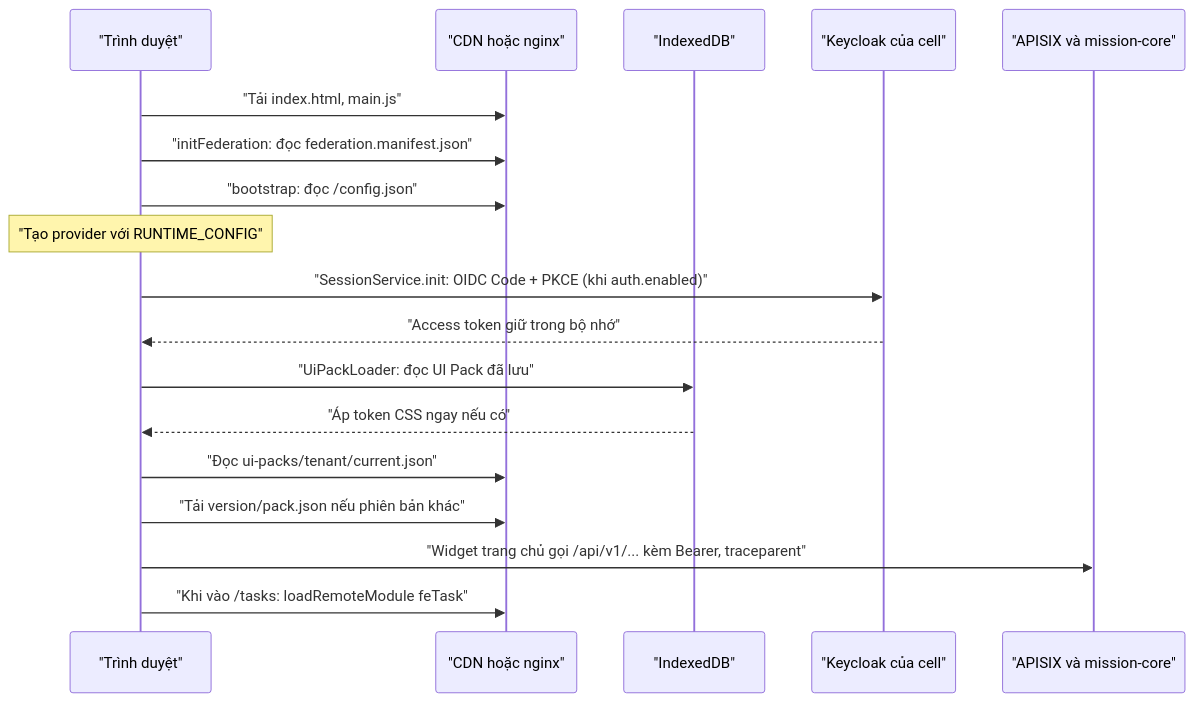
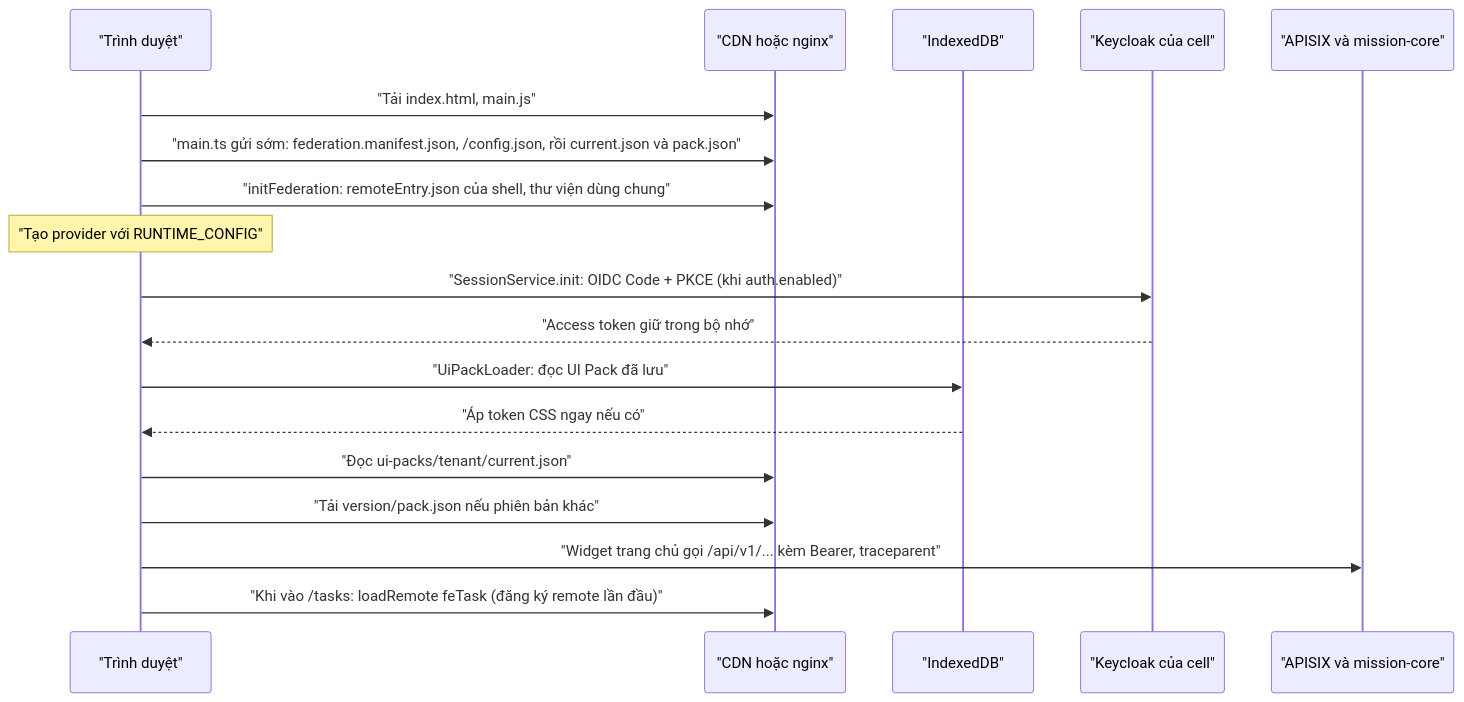
Before and after one commit to caprocute/mission-web: the diagram in wiki/02-kien-truc-frontend.md, drawn with Mermaid. The commit also changed other lines of this file and 2 other files, not shown here.

Commit message:
WEB-052: ghi số đo trước/sau vào wiki/09, cập nhật wiki/02 và trạng thái task
Truy vết: NFR-03, PERF-21.

Claude-Session: https://claude.ai/code/session_01KcF1KqAcEP78x5iFSgMFRv

````diff
--- a/wiki/02-kien-truc-frontend.md
+++ b/wiki/02-kien-truc-frontend.md
@@ -82,20 +82,20 @@
 ```mermaid
 sequenceDiagram
     participant B as "Trình duyệt"
     participant CDN as "CDN hoặc nginx"
     participant IDB as "IndexedDB"
     participant KC as "Keycloak của cell"
     participant API as "APISIX và mission-core"
     B->>CDN: "Tải index.html, main.js"
-    B->>CDN: "initFederation: đọc federation.manifest.json"
-    B->>CDN: "bootstrap: đọc /config.json"
+    B->>CDN: "main.ts gửi sớm: federation.manifest.json, /config.json, rồi current.json và pack.json"
+    B->>CDN: "initFederation: remoteEntry.json của shell, thư viện dùng chung"
     Note over B: "Tạo provider với RUNTIME_CONFIG"
     B->>KC: "SessionService.init: OIDC Code + PKCE (khi auth.enabled)"
     KC-->>B: "Access token giữ trong bộ nhớ"
     B->>IDB: "UiPackLoader: đọc UI Pack đã lưu"
     IDB-->>B: "Áp token CSS ngay nếu có"
     B->>CDN: "Đọc ui-packs/tenant/current.json"
     B->>CDN: "Tải version/pack.json nếu phiên bản khác"
     B->>API: "Widget trang chủ gọi /api/v1/... kèm Bearer, traceparent"
-    B->>CDN: "Khi vào /tasks: loadRemoteModule feTask"
+    B->>CDN: "Khi vào /tasks: loadRemote feTask (đăng ký remote lần đầu)"
 ```
````
